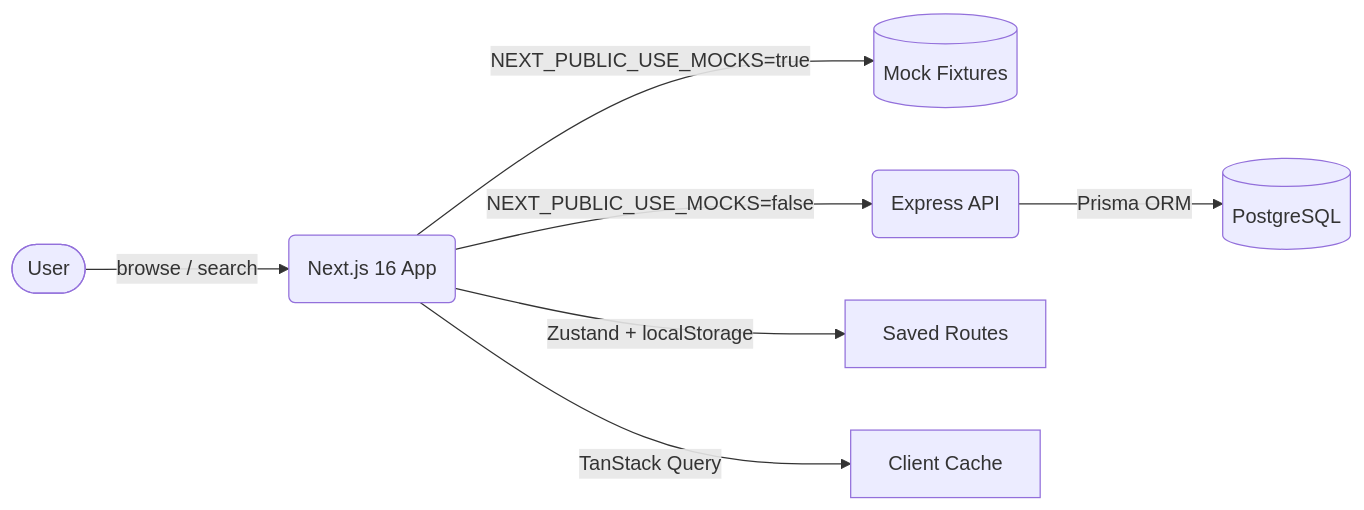
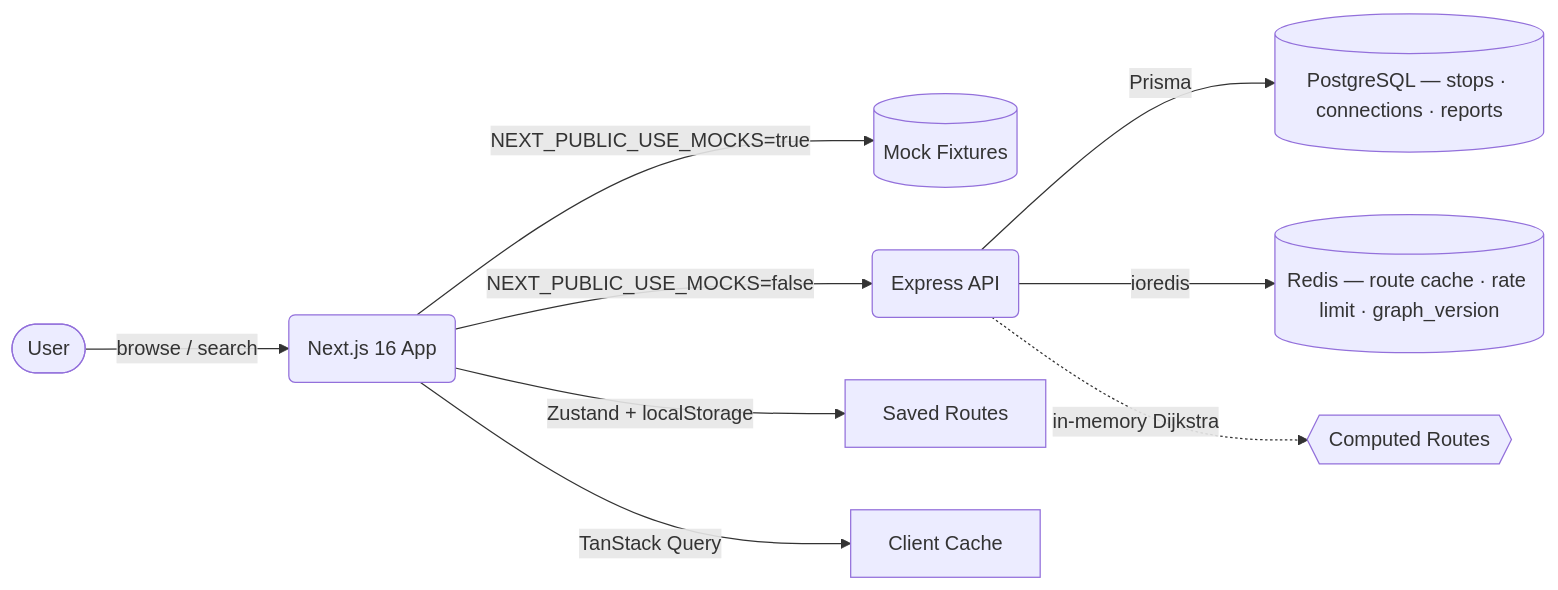
Before and after one commit to DantheCE/EkoFare: the diagram in README.md, drawn with Mermaid. The commit also changed other lines of this file, not shown here.

First line of the commit message:
docs: update README for the live graph-model backend

````diff
--- a/README.md
+++ b/README.md
@@ -24,9 +24,11 @@
 ```mermaid
 graph LR
     User([User]) -->|browse / search| Web(Next.js 16 App)
     Web -->|NEXT_PUBLIC_USE_MOCKS=true| Mock[(Mock Fixtures)]
     Web -->|NEXT_PUBLIC_USE_MOCKS=false| API(Express API)
-    API -->|Prisma ORM| DB[(PostgreSQL)]
+    API -->|Prisma| DB[("PostgreSQL — stops · connections · reports")]
+    API -->|ioredis| Redis[("Redis — route cache · rate limit · graph_version")]
+    API -.->|in-memory Dijkstra| Computed{{Computed Routes}}
     Web -->|Zustand + localStorage| Saved[Saved Routes]
-    Web -->|TanStack Query| Cache[Client Cache]
+    Web -->|TanStack Query| ClientCache[Client Cache]
 ```
````
